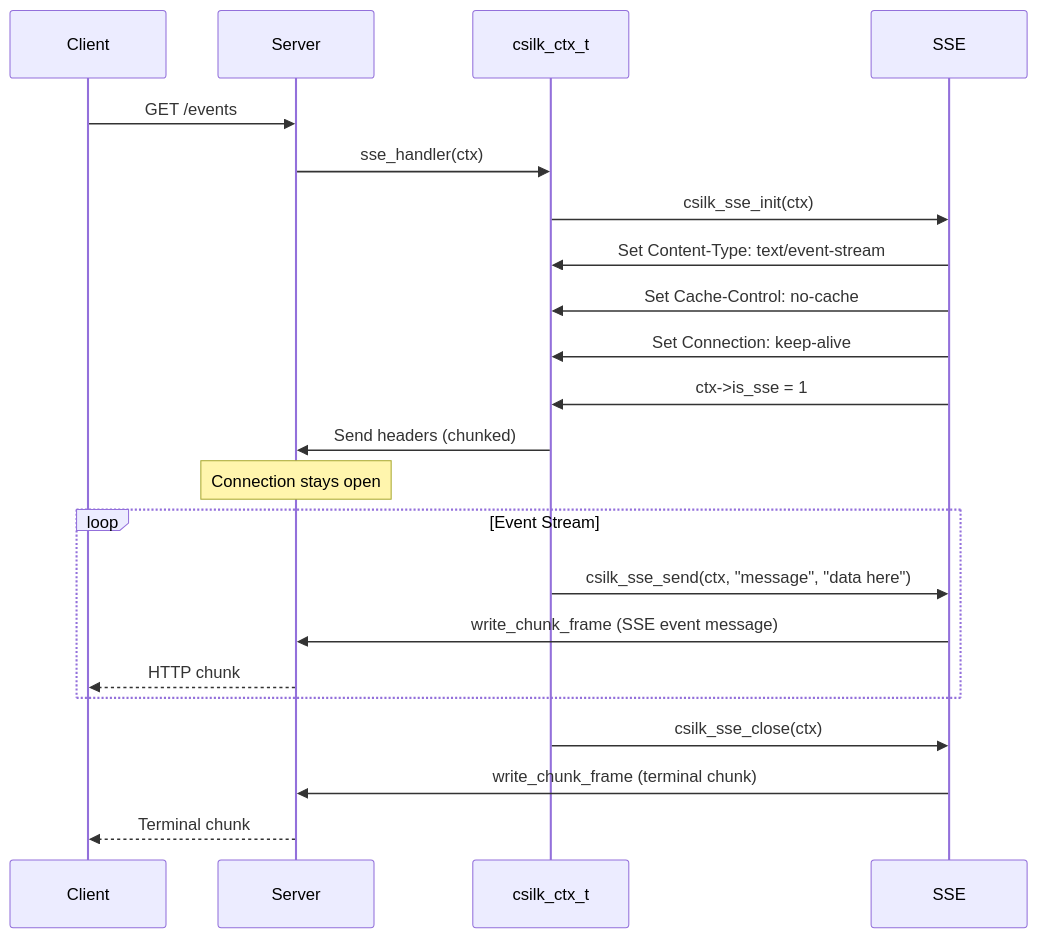
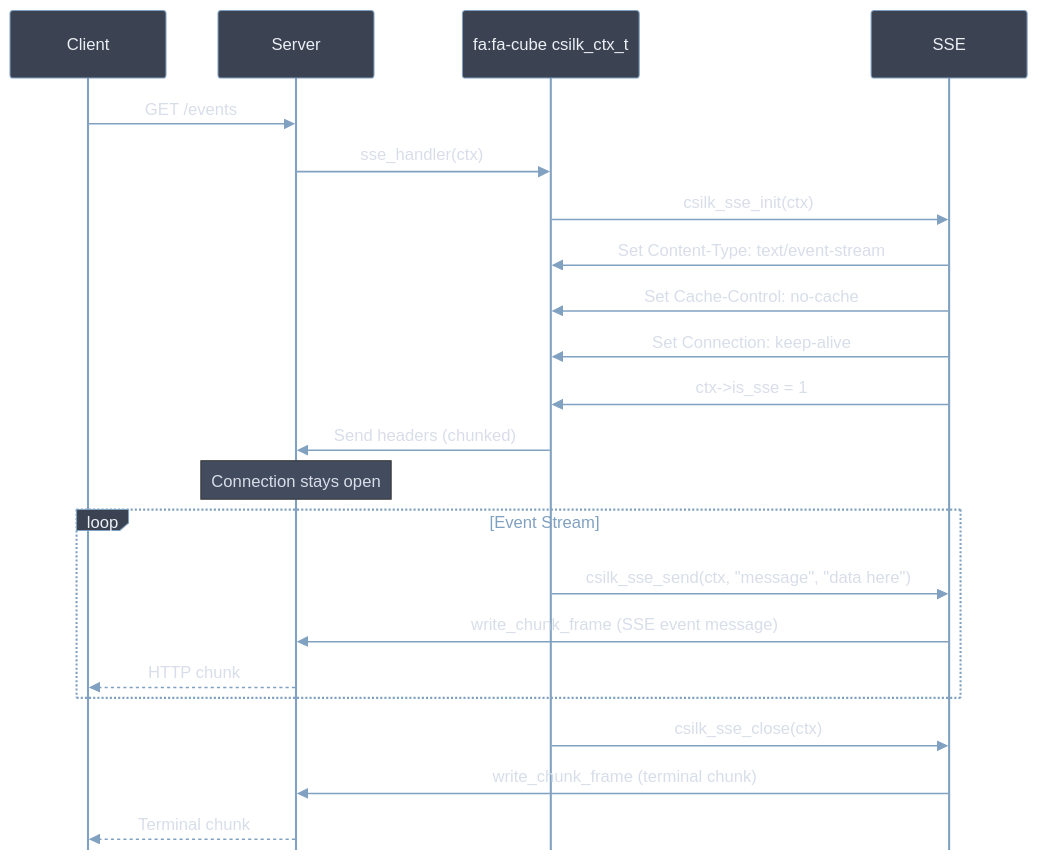
The fourth of 8 diagrams in docs/user-manual/advanced-usage.md (quintin-lee/csilk), drawn with Mermaid before and after one commit. The commit also changed other lines of this file and 30 other files, not shown here.

Commit message:
docs(docs): 📝 apply Nord Mermaid theme, RFC 2119 keywords, and quantified metrics to all docs

````diff
--- a/docs/user-manual/advanced-usage.md
+++ b/docs/user-manual/advanced-usage.md
@@ -108,29 +113,30 @@
 ```mermaid
+%%{init: {'theme': 'base', 'themeVariables': {'background': '#2E3440','primaryColor':'#81A1C1','primaryBorderColor':'#4C566A','primaryTextColor':'#ECEFF4','secondaryColor':'#3B4252','secondaryBorderColor':'#434C5E','secondaryTextColor':'#D8DEE9','lineColor':'#81A1C1','textColor':'#ECEFF4','mainBkg':'#3B4252','nodeBorder':'#4C566A','clusterBkg':'#2E3440','clusterBorder':'#4C566A','titleColor':'#ECEFF4','edgeLabelBackground':'#3B4252','nodeTextColor':'#ECEFF4','actorBorder':'#81A1C1','actorBkg':'#3B4252','actorTextColor':'#ECEFF4','signalColor':'#81A1C1','signalTextColor':'#D8DEE9','noteBkgColor':'#434C5E','noteTextColor':'#D8DEE9','loopTextColor':'#81A1C1','sequenceNumberColor':'#ECEFF4'}, 'sequence': {'actorFontSize': 14, 'noteFontSize': 12, 'messageFontSize': 12, 'mirrorActors': false}}}%%
 sequenceDiagram
     participant Client
     participant Server
-    participant CTX as csilk_ctx_t
+    participant CTX as fa:fa-cube csilk_ctx_t
     participant SSE
 
     Client->>Server: GET /events
     Server->>CTX: sse_handler(ctx)
     CTX->>SSE: csilk_sse_init(ctx)
     SSE->>CTX: Set Content-Type: text/event-stream
     SSE->>CTX: Set Cache-Control: no-cache
     SSE->>CTX: Set Connection: keep-alive
     SSE->>CTX: ctx->is_sse = 1
     CTX->>Server: Send headers (chunked)
 
     Note over Server: Connection stays open
 
     loop Event Stream
         CTX->>SSE: csilk_sse_send(ctx, "message", "data here")
         SSE->>Server: write_chunk_frame (SSE event message)
         Server-->>Client: HTTP chunk
 
     end
 
     CTX->>SSE: csilk_sse_close(ctx)
     SSE->>Server: write_chunk_frame (terminal chunk)
     Server-->>Client: Terminal chunk
 ```
````
